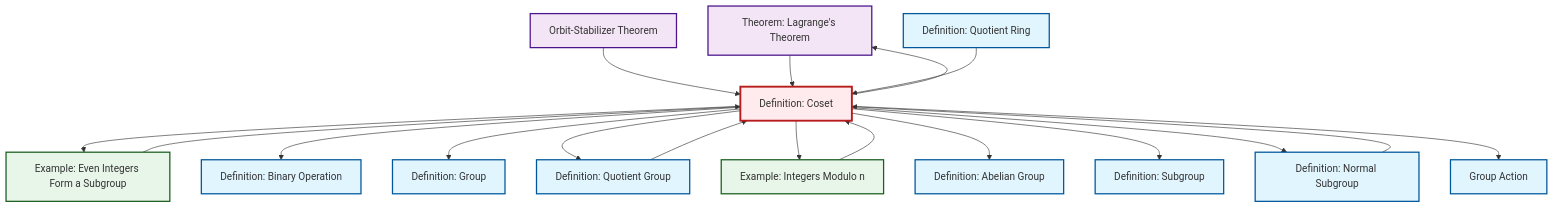
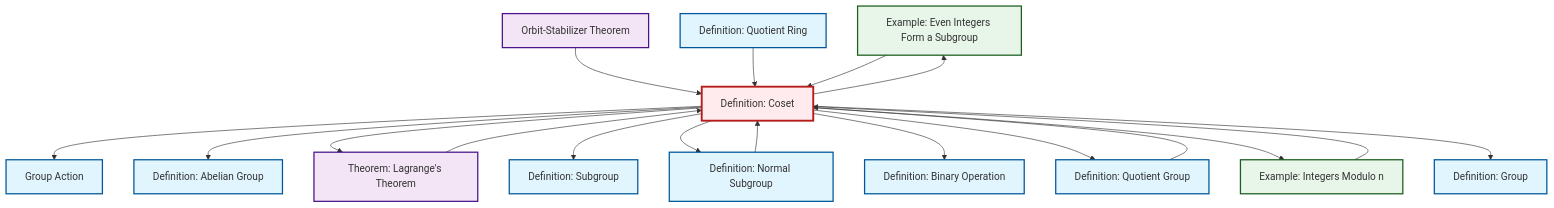
Before and after one commit to RK0429/ModernMath: the diagram in content/en/algebra/def-coset.qmd, drawn with Mermaid. The commit also changed other lines of this file and 654 other files, not shown here.

First line of the commit message:
fix: Update cross-references to equivalence relation in quotient ring definitions

````diff
--- a/content/en/algebra/def-coset.qmd
+++ b/content/en/algebra/def-coset.qmd
@@ -162,52 +162,52 @@
 ```{mermaid}
 %%| fig-cap: "Local dependency graph"
 graph TD
     classDef definition fill:#e1f5fe,stroke:#01579b,stroke-width:2px
     classDef theorem fill:#f3e5f5,stroke:#4a148c,stroke-width:2px
     classDef axiom fill:#fff3e0,stroke:#e65100,stroke-width:2px
     classDef example fill:#e8f5e9,stroke:#1b5e20,stroke-width:2px
     classDef current fill:#ffebee,stroke:#b71c1c,stroke-width:3px
+    ex-even-integers-subgroup["Example: Even Integers Form a Subgroup"]:::example
+    def-coset["Definition: Coset"]:::definition
+    def-quotient-ring["Definition: Quotient Ring"]:::definition
     def-group["Definition: Group"]:::definition
-    def-abelian-group["Definition: Abelian Group"]:::definition
     thm-lagrange["Theorem: Lagrange's Theorem"]:::theorem
-    def-binary-operation["Definition: Binary Operation"]:::definition
-    def-quotient-ring["Definition: Quotient Ring"]:::definition
     def-quotient-group["Definition: Quotient Group"]:::definition
     def-subgroup["Definition: Subgroup"]:::definition
+    def-binary-operation["Definition: Binary Operation"]:::definition
     thm-orbit-stabilizer["Orbit-Stabilizer Theorem"]:::theorem
     def-normal-subgroup["Definition: Normal Subgroup"]:::definition
-    ex-even-integers-subgroup["Example: Even Integers Form a Subgroup"]:::example
+    def-abelian-group["Definition: Abelian Group"]:::definition
+    def-group-action["Group Action"]:::definition
     ex-quotient-integers-mod-n["Example: Integers Modulo n"]:::example
-    def-group-action["Group Action"]:::definition
-    def-coset["Definition: Coset"]:::definition
+    def-coset --> def-group-action
+    def-coset --> def-abelian-group
+    def-coset --> ex-even-integers-subgroup
     def-coset --> thm-lagrange
-    def-coset --> ex-even-integers-subgroup
+    def-coset --> def-subgroup
+    thm-lagrange --> def-coset
+    thm-orbit-stabilizer --> def-coset
+    def-quotient-group --> def-coset
+    def-coset --> def-normal-subgroup
+    def-quotient-ring --> def-coset
+    def-normal-subgroup --> def-coset
     def-coset --> def-binary-operation
+    ex-even-integers-subgroup --> def-coset
+    def-coset --> def-quotient-group
+    def-coset --> ex-quotient-integers-mod-n
+    def-coset --> def-group
     ex-quotient-integers-mod-n --> def-coset
-    def-coset --> def-group
-    def-coset --> def-quotient-group
-    def-normal-subgroup --> def-coset
-    def-coset --> ex-quotient-integers-mod-n
-    def-coset --> def-abelian-group
-    thm-orbit-stabilizer --> def-coset
-    thm-lagrange --> def-coset
-    def-quotient-group --> def-coset
-    def-coset --> def-subgroup
-    ex-even-integers-subgroup --> def-coset
-    def-quotient-ring --> def-coset
-    def-coset --> def-normal-subgroup
-    def-coset --> def-group-action
     class def-coset current
+    click ex-even-integers-subgroup "ex-even-integers-subgroup.html" "Go to Even Integers Form a Subgroup example"
+    click def-quotient-ring "def-quotient-ring.html" "Go to Quotient Ring definition"
     click def-group "def-group.html" "Go to Group definition"
-    click def-abelian-group "def-abelian-group.html" "Go to Abelian Group definition"
     click thm-lagrange "thm-lagrange.html" "Go to Lagrange's Theorem theorem"
-    click def-binary-operation "def-binary-operation.html" "Go to Binary Operation definition"
-    click def-quotient-ring "def-quotient-ring.html" "Go to Quotient Ring definition"
     click def-quotient-group "def-quotient-group.html" "Go to Quotient Group definition"
     click def-subgroup "def-subgroup.html" "Go to Subgroup definition"
+    click def-binary-operation "def-binary-operation.html" "Go to Binary Operation definition"
     click thm-orbit-stabilizer "thm-orbit-stabilizer.html" "Go to Orbit-Stabilizer Theorem"
     click def-normal-subgroup "def-normal-subgroup.html" "Go to Normal Subgroup definition"
-    click ex-even-integers-subgroup "ex-even-integers-subgroup.html" "Go to Even Integers Form a Subgroup example"
+    click def-abelian-group "def-abelian-group.html" "Go to Abelian Group definition"
+    click def-group-action "def-group-action.html" "Go to Group Action"
     click ex-quotient-integers-mod-n "ex-quotient-integers-mod-n.html" "Go to Integers Modulo n example"
-    click def-group-action "def-group-action.html" "Go to Group Action"
 ```
````
